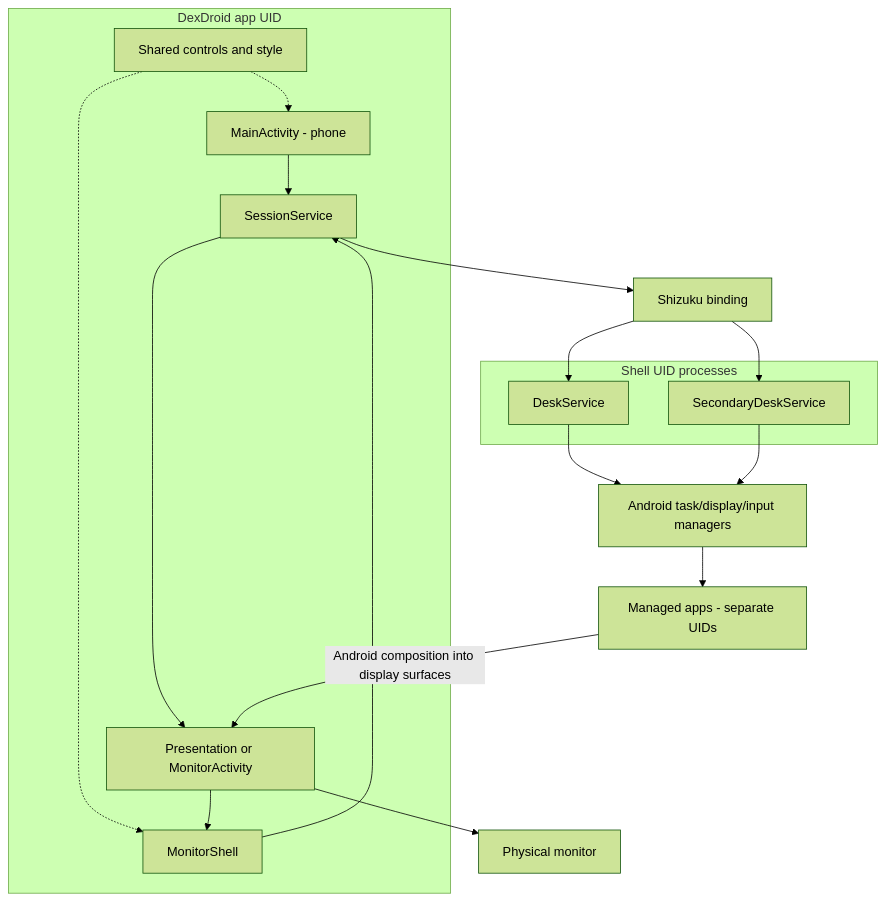
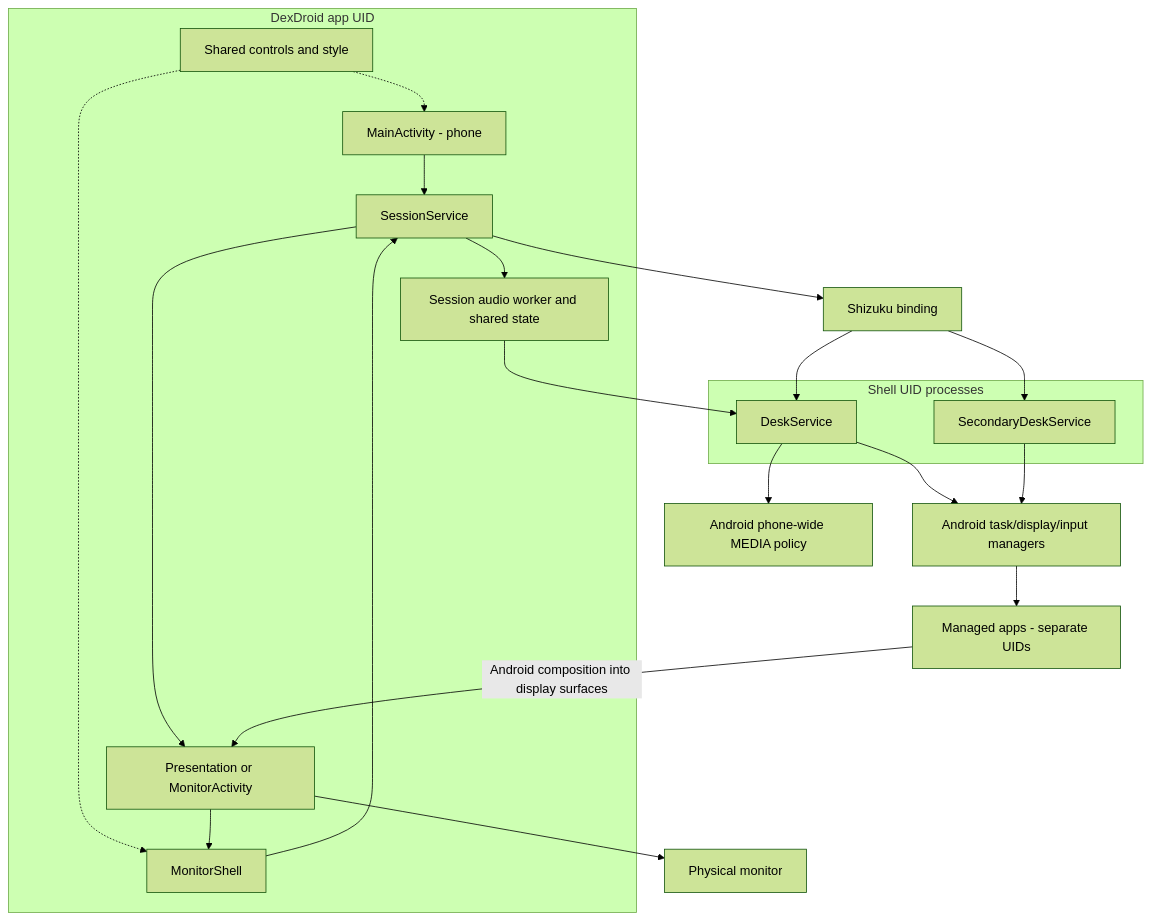
Before and after one commit to PhiLong-Ho/DexDroid: the first of 4 diagrams in docs/ARCHITECTURE.md, drawn with Mermaid (forest theme). The commit also changed 46 other files, not shown here.

Commit message:
Add session media output controls and startup guidance

````diff
--- a/docs/ARCHITECTURE.md
+++ b/docs/ARCHITECTURE.md
@@ -13,32 +13,36 @@
 ```mermaid
 flowchart TB
     subgraph App[DexDroid app UID]
         Phone[MainActivity - phone]
         Shared[Shared controls and style]
         Session[SessionService]
+        Audio[Session audio worker and shared state]
         Host[Presentation or MonitorActivity]
         ShellUI[MonitorShell]
         Phone --> Session
         Shared -.-> Phone
         Shared -.-> ShellUI
         ShellUI --> Session
         Host --> ShellUI
         Session --> Host
     end
     Shizuku[Shizuku binding]
     subgraph Privileged[Shell UID processes]
         Primary[DeskService]
         Secondary[SecondaryDeskService]
     end
     Android[Android task/display/input managers]
     Apps[Managed apps - separate UIDs]
     Output[Physical monitor]
+    Session --> Audio
+    Audio --> Primary
+    Primary --> AudioPolicy[Android phone-wide MEDIA policy]
     Session --> Shizuku
     Shizuku --> Primary
     Shizuku --> Secondary
     Primary --> Android
     Secondary --> Android
     Android --> Apps
     Apps -->|Android composition into display surfaces| Host
     Host --> Output
 ```
````
